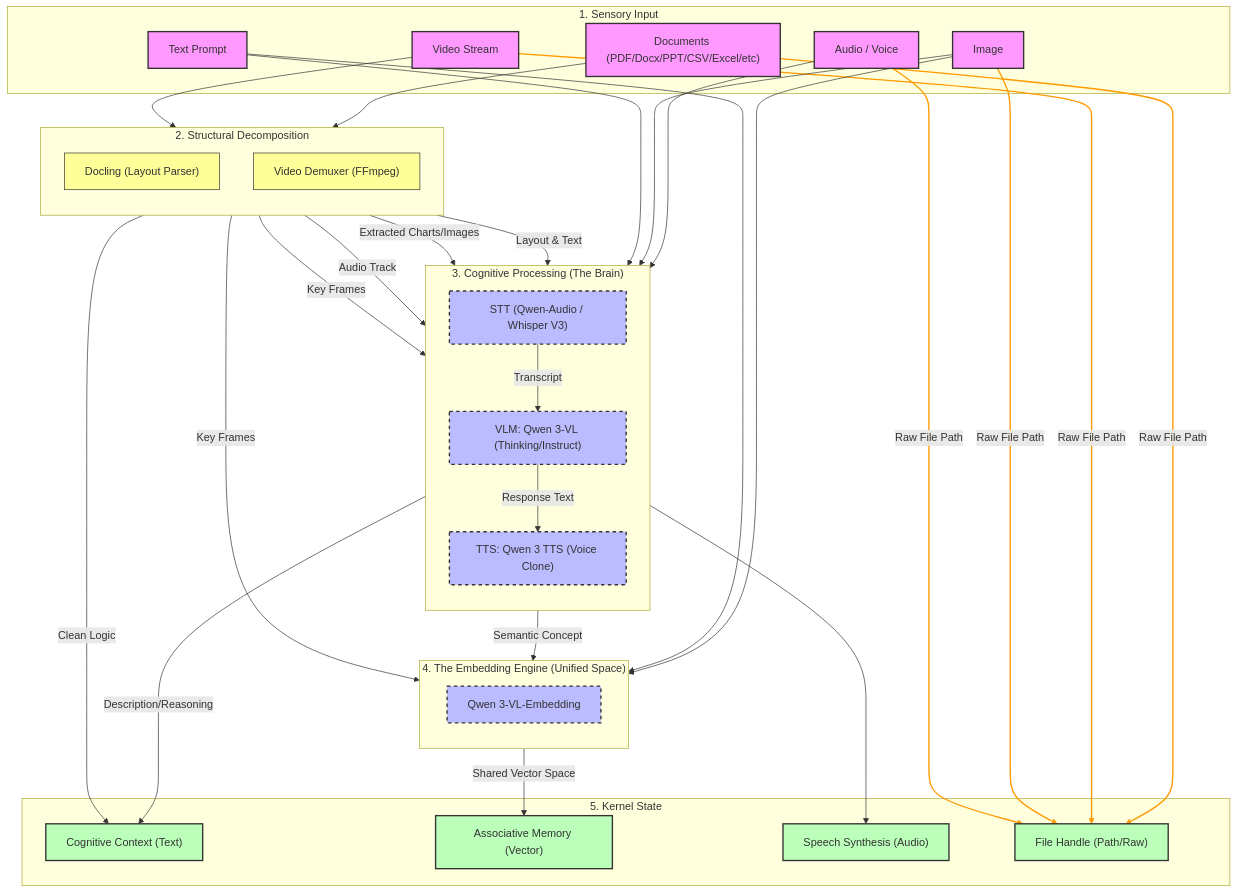
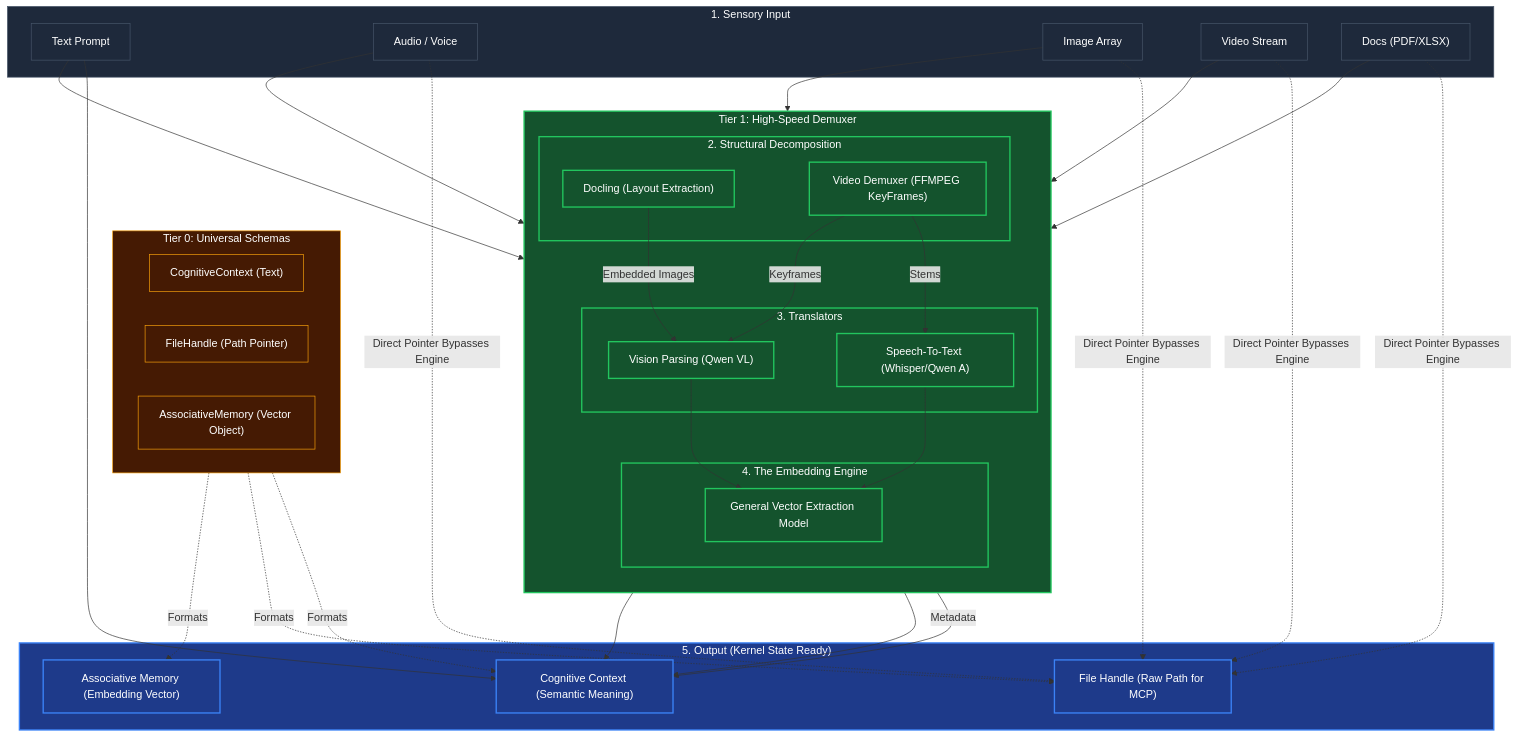
The diagram in redesign/tier_1/modality.md (azzindani/Kea), drawn with Mermaid before and after one commit. The commit also changed other lines of this file and 22 other files, not shown here.

Commit message:
feat: Define the conceptual architecture and components for Kea's multi-tiered redesign across tiers 0-6.

````diff
--- a/redesign/tier_1/modality.md
+++ b/redesign/tier_1/modality.md
@@ -4,95 +13,85 @@
   layout: dagre
 ---
 flowchart TB
- subgraph sInput["1. Sensory Input"]
+    %% SCHEMA IMPORTS
+    subgraph sTier0["Tier 0: Universal Schemas"]
+        direction LR
+        nSchemaText["CognitiveContext (Text)"]
+        nSchemaFile["FileHandle (Path Pointer)"]
+        nSchemaVec["AssociativeMemory (Vector Object)"]
+    end
+
+    %% INPUT
+    subgraph sInput["1. Sensory Input"]
         nInputText["Text Prompt"]
         nInputAudio["Audio / Voice"]
-        nInputImage["Image"]
-        nInputVideo["Video Stream"]
-        nInputDoc["Documents (PDF/Docx/PPT/CSV/Excel/etc)"]
-  end
+        nInputImg["Image Array"]
+        nInputVid["Video Stream"]
+        nInputDoc["Docs (PDF/XLSX)"]
+    end
 
- subgraph sDecompose["2. Structural Decomposition"]
+    %% TIER 1 Engine
+    subgraph sTier1["Tier 1: High-Speed Demuxer"]
         direction TB
-        nDocling["Docling (Layout Parser)"]
-        nVideoSplit["Video Demuxer (FFmpeg)"]
- end
+        
+        %% Decomposition
+        subgraph sDecompose["2. Structural Decomposition"]
+            nDocling["Docling (Layout Extraction)"]
+            nVideoSplit["Video Demuxer (FFMPEG KeyFrames)"]
+        end
 
- subgraph sProcess["3. Cognitive Processing (The Brain)"]
-        direction TB
-        nSTT["STT (Qwen-Audio / Whisper V3)"]
-        nBrain["VLM: Qwen 3-VL (Thinking/Instruct)"]
-        nTTS["TTS: Qwen 3 TTS (Voice Clone)"]
-  end
+        %% STT / Translators
+        subgraph sProcess["3. Translators"]
+            nSTT["Speech-To-Text (Whisper/Qwen A)"]
+            nOCR["Vision Parsing (Qwen VL)"]
+        end
 
- subgraph sMemory["4. The Embedding Engine (Unified Space)"]
-        direction TB
-        nUnifiedEmbed["Qwen 3-VL-Embedding"]
-  end
+        %% Vectorizer
+        subgraph sMemory["4. The Embedding Engine"]
+            nEmbed["General Vector Extraction Model"]
+        end
+    end
 
- subgraph sOutput["5. Kernel State"]
-        nFinalText["Cognitive Context (Text)"]
-        nFinalVector["Associative Memory (Vector)"]
-        nAudioOut["Speech Synthesis (Audio)"]
-        nFileOut["File Handle (Path/Raw)"]
-  end
+    %% Outputs
+    subgraph sOutput["5. Output (Kernel State Ready)"]
+        nFinalText["Cognitive Context (Semantic Meaning)"]
+        nFinalVector["Associative Memory (Embedding Vector)"]
+        nFileOut["File Handle (Raw Path for MCP)"]
+    end
 
-    %% ==========================================
-    %% 1. DIRECT PASSTHROUGH (The New Fix)
-    %% Skips the brain, preserves the file path/pointer
-    %% ==========================================
-    nInputDoc -- "Raw File Path" --> nFileOut
-    nInputVideo -- "Raw File Path" --> nFileOut
-    nInputImage -- "Raw File Path" --> nFileOut
-    nInputAudio -- "Raw File Path" --> nFileOut
+    %% PASSTHROUGH (Efficiency Rule)
+    nInputDoc & nInputVid & nInputImg & nInputAudio -.->|Direct Pointer Bypasses Engine| nFileOut
 
-    %% ==========================================
-    %% 2. COGNITIVE PATHWAYS
-    %% ==========================================
+    %% Process Routing
+    nInputDoc --> nDocling
+    nDocling -->|Metadata| nFinalText
+    nDocling -->|Embedded Images| nOCR
+
+    nInputVid --> nVideoSplit
+    nVideoSplit -->|Keyframes| nOCR
+    nVideoSplit -->|Stems| nSTT
+
+    nInputAudio --> nSTT
+    nInputImg --> nOCR
+
+    nInputText --> nEmbed & nFinalText
+
+    nSTT --> nEmbed & nFinalText
+    nOCR --> nEmbed & nFinalText
+
+    %% Schema Routing
+    nSchemaText -.->|Formats| nFinalText
+    nSchemaFile -.->|Formats| nFileOut
+    nSchemaVec -.->|Formats| nFinalVector
     
-    %% Flow: Documents
-    nInputDoc --> nDocling
-    nDocling -- "Layout & Text" --> nBrain
-    nDocling -- "Extracted Charts/Images" --> nBrain
-    nDocling -- "Clean Logic" --> nFinalText
-
-    %% Flow: Video
-    nInputVideo --> nVideoSplit
-    nVideoSplit -- "Audio Track" --> nSTT
-    nVideoSplit -- "Key Frames" --> nBrain
-    nVideoSplit -- "Key Frames" --> nUnifiedEmbed
-
-    %% Flow: Audio/Voice
-    nInputAudio --> nSTT
-    nSTT -- "Transcript" --> nBrain
-    nBrain -- "Response Text" --> nTTS
-    nTTS --> nAudioOut
-
-    %% Flow: Image
-    nInputImage --> nBrain
-    nInputImage --> nUnifiedEmbed
-
-    %% Flow: Text
-    nInputText --> nBrain
-    nInputText --> nUnifiedEmbed
-
-    %% The Unification
-    nBrain -- "Description/Reasoning" --> nFinalText
-    nBrain -- "Semantic Concept" --> nUnifiedEmbed
-    nUnifiedEmbed -- "Shared Vector Space" --> nFinalVector
-
     %% Styling
-    classDef input fill:#f9f,stroke:#333,stroke-width:2px;
-    classDef tools fill:#ff9,stroke:#333,stroke-width:1px;
-    classDef qwen fill:#bbf,stroke:#333,stroke-width:2px,stroke-dasharray: 5 5;
-    classDef output fill:#bfb,stroke:#333,stroke-width:2px;
-    classDef passthrough stroke:#ff0000,stroke-width:2px,stroke-dasharray: 2 2;
-
-    class nInputText,nInputAudio,nInputImage,nInputVideo,nInputDoc input;
-    class nDocling,nVideoSplit tools;
-    class nBrain,nTTS,nUnifiedEmbed,nSTT qwen;
-    class nFinalText,nFinalVector,nAudioOut,nFileOut output;
+    classDef t0 fill:#451A03,stroke:#F59E0B,stroke-width:1px,color:#fff
+    classDef t1 fill:#14532D,stroke:#22C55E,stroke-width:2px,color:#fff
+    classDef in fill:#1e293b,stroke:#475569,stroke-width:1px,color:#fff
+    classDef out fill:#1E3A8A,stroke:#3B82F6,stroke-width:2px,color:#fff
     
-    %% Apply specific style to the passthrough lines links
-    linkStyle 0,1,2,3 stroke:#ff9900,stroke-width:2px;
+    class sTier0,nSchemaText,nSchemaFile,nSchemaVec t0
+    class sInput,nInputText,nInputAudio,nInputImg,nInputVid,nInputDoc in
+    class sTier1,sDecompose,sProcess,sMemory,nDocling,nVideoSplit,nSTT,nOCR,nEmbed t1
+    class sOutput,nFinalText,nFinalVector,nFileOut out
 ```
````
